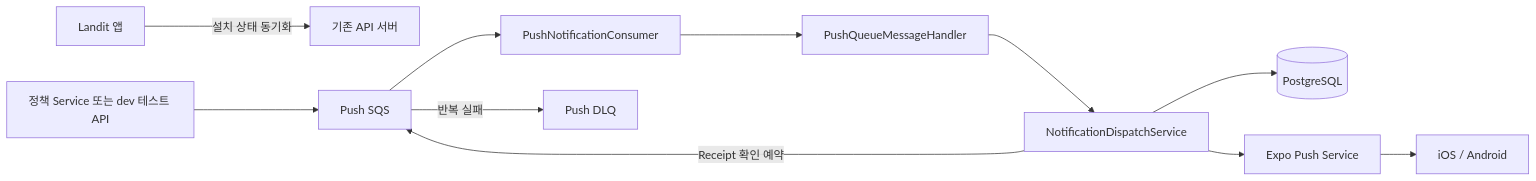
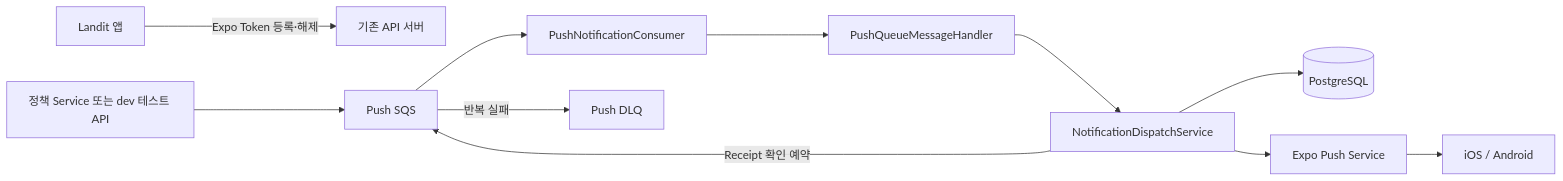
One commit to Aragornnnnnn/landit-be changed the diagram in docs/tasks/LAN-184/design.md. Above: the diagram before and after it, drawn with Mermaid. The commit also changed other lines of this file and 1 other file, not shown here.

Commit message:
docs: UserPushToken 기반 Push 설계를 반영한다

````diff
--- a/docs/tasks/LAN-184/design.md
+++ b/docs/tasks/LAN-184/design.md
@@ -7,13 +7,13 @@
 ```mermaid
 flowchart LR
-    APP["Landit 앱"] -->|"설치 상태 동기화"| API["기존 API 서버"]
+    APP["Landit 앱"] -->|"Expo Token 등록·해제"| API["기존 API 서버"]
     PRODUCER["정책 Service 또는 dev 테스트 API"] --> SQS["Push SQS"]
     SQS --> CON["PushNotificationConsumer"]
     CON --> HANDLER["PushQueueMessageHandler"]
     HANDLER --> SEND["NotificationDispatchService"]
     SEND --> DB[("PostgreSQL")]
     SEND --> EXPO["Expo Push Service"]
     EXPO --> DEVICE["iOS / Android"]
     SEND -->|"Receipt 확인 예약"| SQS
     SQS -->|"반복 실패"| DLQ["Push DLQ"]
 ```
````
